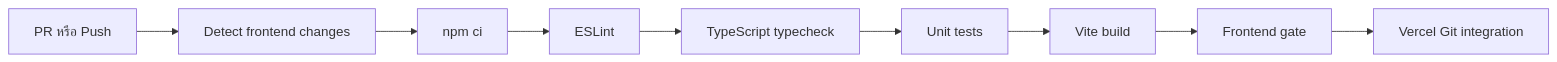
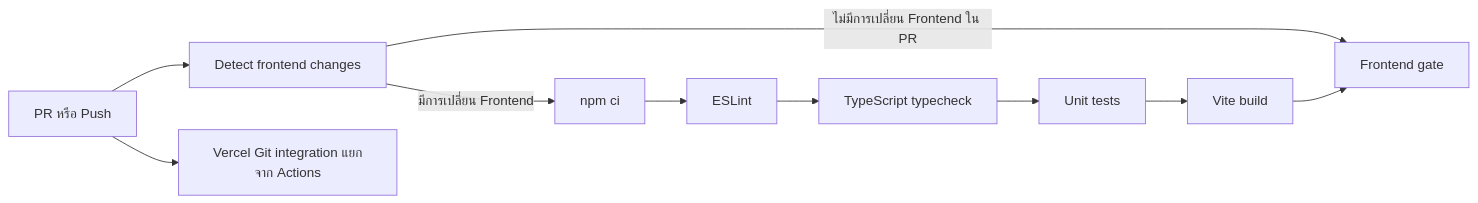
The second of 2 diagrams in doc/ci-cd.md (lillianxhub/freelance-hub), drawn with Mermaid before and after one commit. The commit also changed other lines of this file and 19 other files, not shown here.

````diff
--- a/doc/ci-cd.md
+++ b/doc/ci-cd.md
@@ -44,11 +44,12 @@
 ```mermaid
 flowchart LR
     A[PR หรือ Push] --> B[Detect frontend changes]
-    B --> C[npm ci]
+    B -->|มีการเปลี่ยน Frontend| C[npm ci]
+    B -->|ไม่มีการเปลี่ยน Frontend ใน PR| H[Frontend gate]
     C --> D[ESLint]
     D --> E[TypeScript typecheck]
     E --> F[Unit tests]
     F --> G[Vite build]
-    G --> H[Frontend gate]
-    H --> I[Vercel Git integration]
+    G --> H
+    A --> I[Vercel Git integration แยกจาก Actions]
 ```
````
